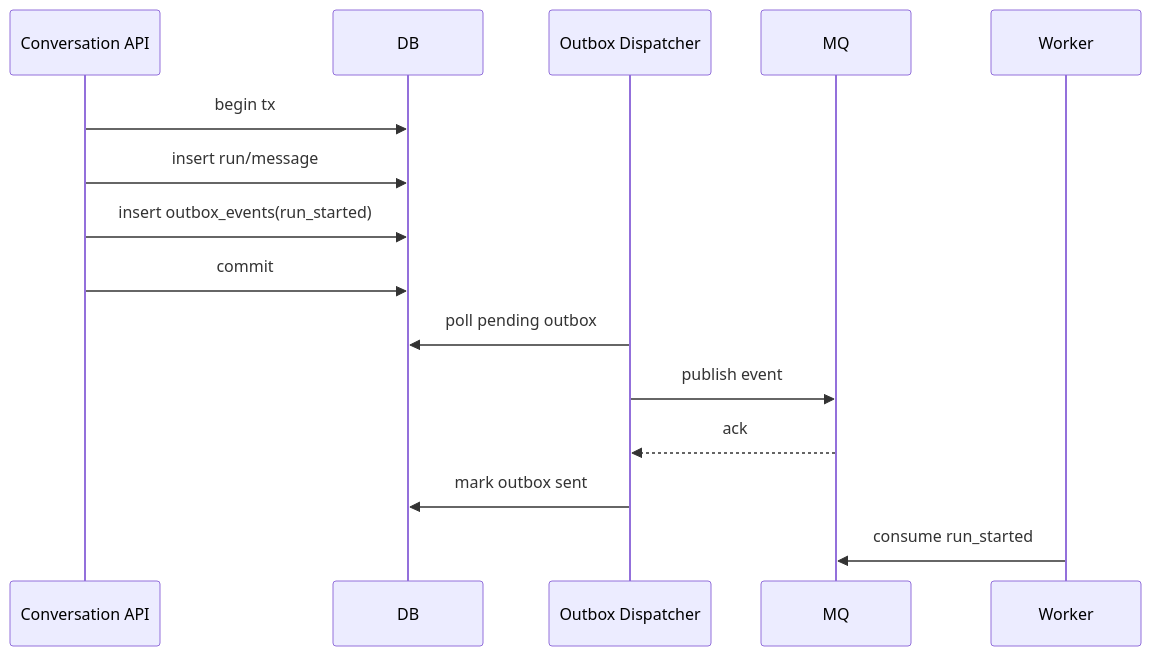
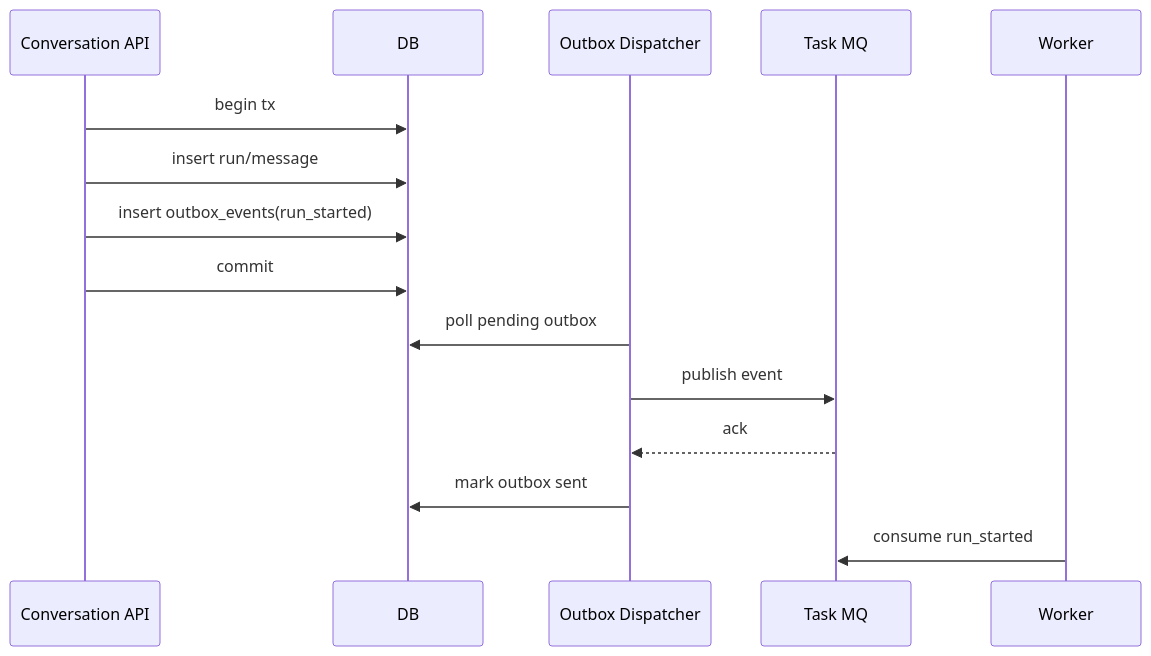
The first of 5 diagrams in docs/backend-dev/系统设计/电商平台与云端对话 AI 系统设计/04-MQ Redis 与缓存一致性.md (pofossette/guidebooks), drawn with Mermaid before and after one commit. The commit also changed other lines of this file and 7 other files, not shown here.

````diff
--- a/docs/backend-dev/系统设计/电商平台与云端对话 AI 系统设计/04-MQ Redis 与缓存一致性.md
+++ b/docs/backend-dev/系统设计/电商平台与云端对话 AI 系统设计/04-MQ Redis 与缓存一致性.md
@@ -45,18 +58,18 @@
 ```mermaid
 sequenceDiagram
     participant API as Conversation API
     participant DB as DB
     participant OB as Outbox Dispatcher
-    participant MQ as MQ
+    participant MQ as Task MQ
     participant W as Worker
 
     API->>DB: begin tx
     API->>DB: insert run/message
     API->>DB: insert outbox_events(run_started)
     API->>DB: commit
     OB->>DB: poll pending outbox
     OB->>MQ: publish event
     MQ-->>OB: ack
     OB->>DB: mark outbox sent
     W->>MQ: consume run_started
 ```
````
